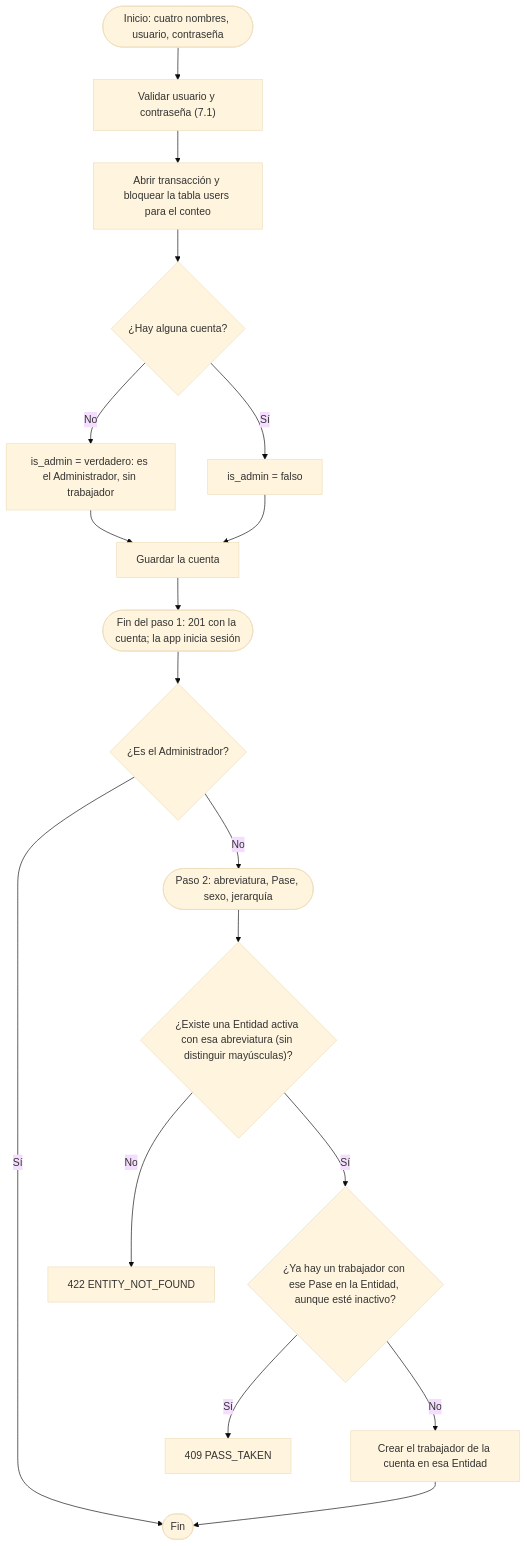
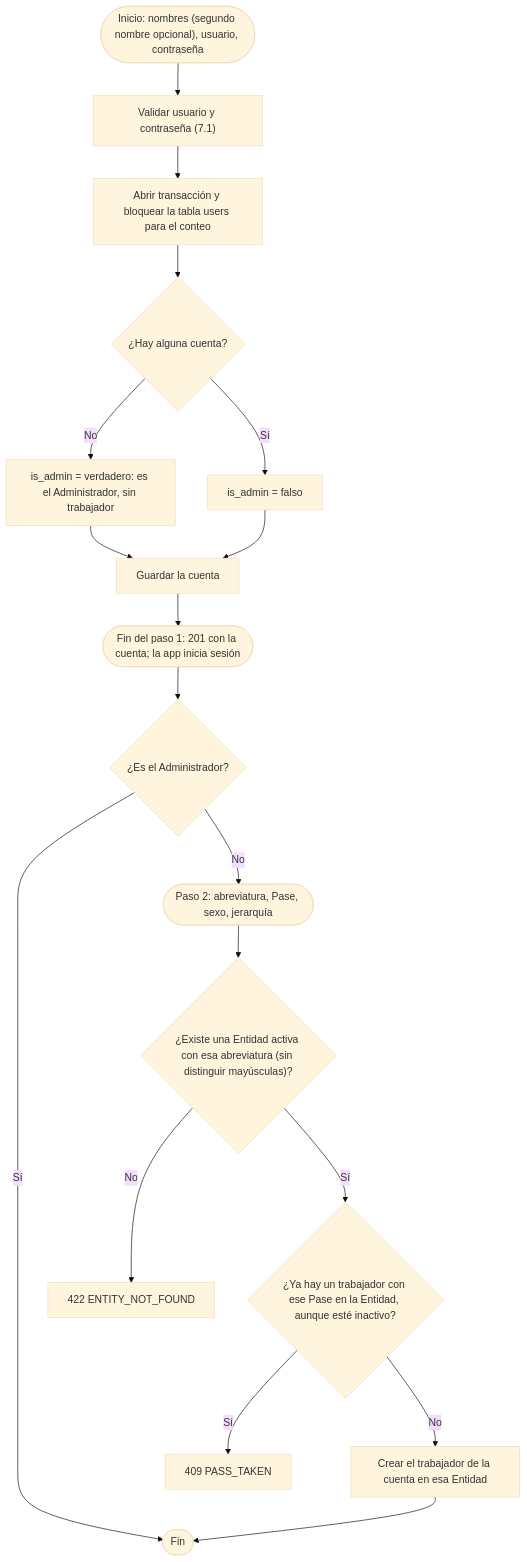
The second of 36 diagrams in docs/07-algoritmos.md (maicolalmaralestamayo/MiRuta), drawn with Mermaid (base theme) before and after one commit. The commit also changed other lines of this file and 4 other files, not shown here.

````diff
--- a/docs/07-algoritmos.md
+++ b/docs/07-algoritmos.md
@@ -65,20 +70,20 @@
 ```mermaid
 flowchart TD
-    A(["Inicio: cuatro nombres, usuario, contraseña"]) --> B["Validar usuario y contraseña (7.1)"]
+    A(["Inicio: nombres (segundo nombre opcional), usuario, contraseña"]) --> B["Validar usuario y contraseña (7.1)"]
     B --> C["Abrir transacción y bloquear la tabla users para el conteo"]
     C --> D{"¿Hay alguna cuenta?"}
     D -->|No| E["is_admin = verdadero: es el Administrador, sin trabajador"]
     D -->|Sí| F["is_admin = falso"]
     E --> G["Guardar la cuenta"]
     F --> G
     G --> H(["Fin del paso 1: 201 con la cuenta; la app inicia sesión"])
     H --> I{"¿Es el Administrador?"}
     I -->|Sí| Z(["Fin"])
     I -->|No| J(["Paso 2: abreviatura, Pase, sexo, jerarquía"])
     J --> K{"¿Existe una Entidad activa con esa abreviatura (sin distinguir mayúsculas)?"}
     K -->|No| X1["422 ENTITY_NOT_FOUND"]
     K -->|Sí| L{"¿Ya hay un trabajador con ese Pase en la Entidad, aunque esté inactivo?"}
     L -->|Sí| X2["409 PASS_TAKEN"]
     L -->|No| M["Crear el trabajador de la cuenta en esa Entidad"]
     M --> Z
 ```
````
